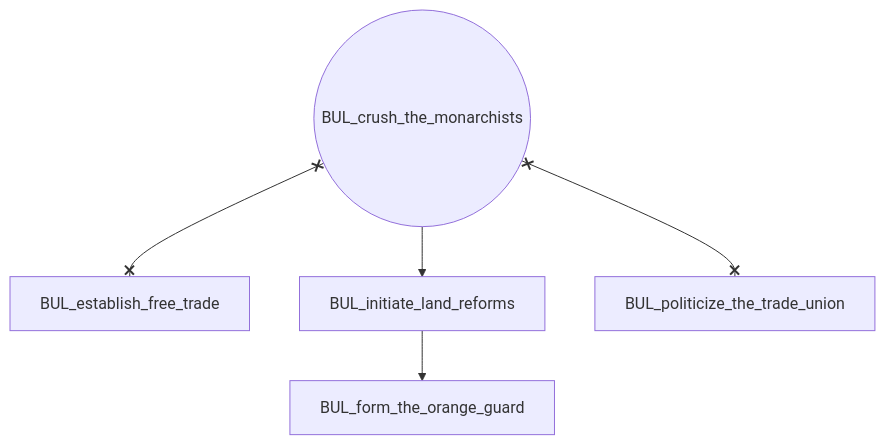
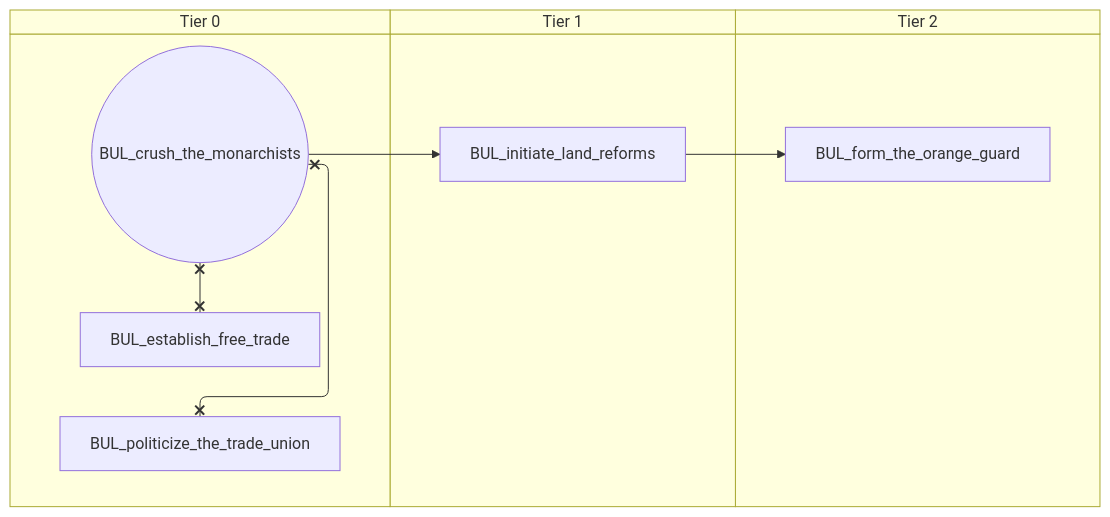
One commit to evgeny-sobol/hoi4-sandbox-mode-r56 changed the second of 6 diagrams in docs/gdd/National Focuses/r56_bulgaria.md. Above: the diagram before and after it, drawn with Mermaid. The commit also changed other lines of this file and 423 other files, not shown here.

First line of the commit message:
Re-export Rt56 focus trees as swimlane diagrams

````diff
--- a/docs/gdd/National Focuses/r56_bulgaria.md
+++ b/docs/gdd/National Focuses/r56_bulgaria.md
@@ -87,12 +103,18 @@
 ```mermaid
-flowchart TD
-    n35(("BUL_crush_the_monarchists"))
-    n36["BUL_establish_free_trade"]
-    n37["BUL_form_the_orange_guard"]
-    n38["BUL_initiate_land_reforms"]
-    n39["BUL_politicize_the_trade_union"]
-    n38 --> n37
+swimlane-beta TD
+    subgraph tier_0["Tier 0"]
+        n35(("BUL_crush_the_monarchists"))
+        n36["BUL_establish_free_trade"]
+        n37["BUL_politicize_the_trade_union"]
+    end
+    subgraph tier_1["Tier 1"]
+        n38["BUL_initiate_land_reforms"]
+    end
+    subgraph tier_2["Tier 2"]
+        n39["BUL_form_the_orange_guard"]
+    end
+    n38 --> n39
     n35 --> n38
     n35 x--x n36
-    n35 x--x n39
+    n35 x--x n37
 ```
````
